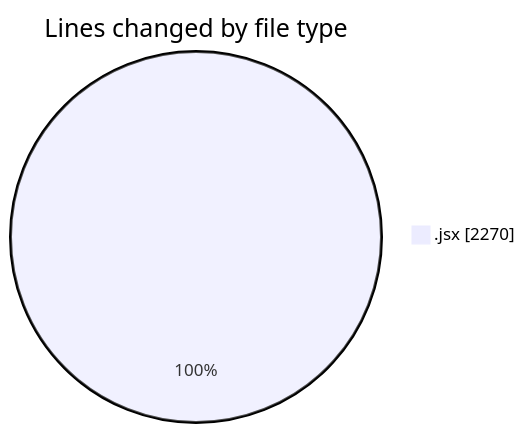
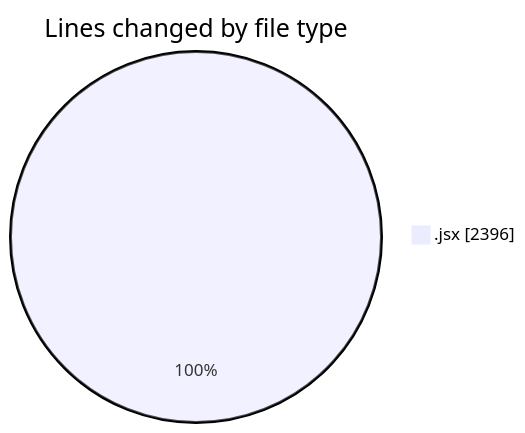
Before and after one commit to nxtqubesakshisongat/code-tracking: the first of 2 diagrams in 2025-05-27/nxtqube_webapp/README.md, drawn with Mermaid. The commit also changed other lines of this file and 1 other file, not shown here.

````diff
--- a/2025-05-27/nxtqube_webapp/README.md
+++ b/2025-05-27/nxtqube_webapp/README.md
@@ -21,5 +21,5 @@
 ```mermaid
 pie showData
 title Lines changed by file type
-".jsx" : 2270
+".jsx" : 2396
 ```
````
